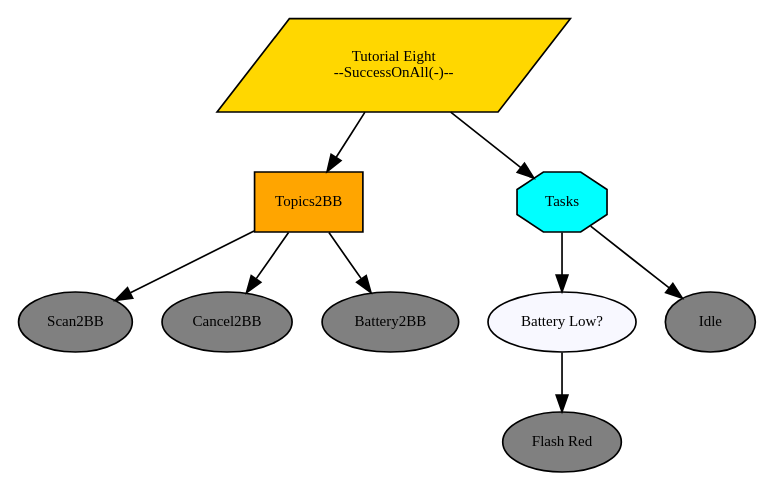
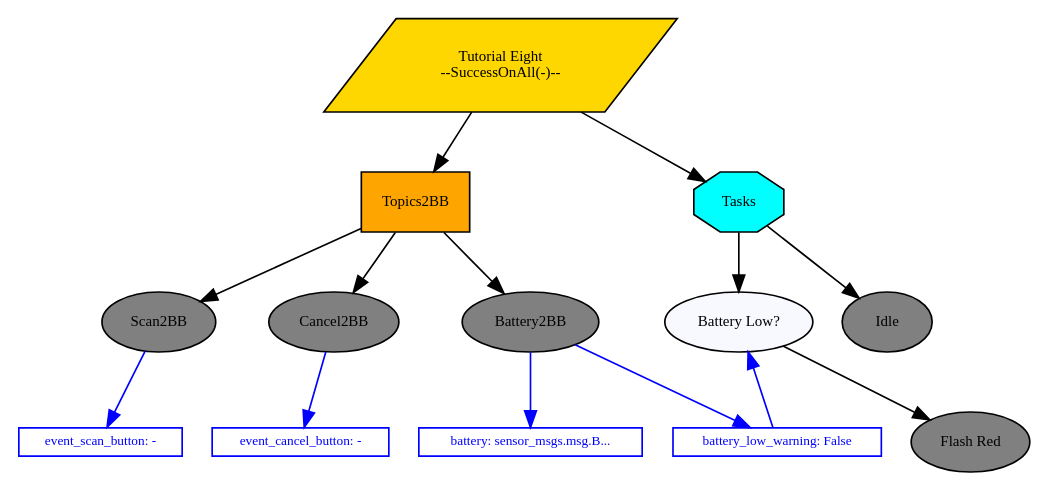
The diagram in doc/dot/tutorial-eight-core-tree.dot (splintered-reality/py_trees_ros_tutorials), drawn with Graphviz before and after one commit. The commit also changed 13 other files, not shown here.

```diff
--- a/doc/dot/tutorial-eight-core-tree.dot
+++ b/doc/dot/tutorial-eight-core-tree.dot
@@ -1,22 +1,53 @@
 digraph pastafarianism {
 graph [fontname="times-roman"];
 node [fontname="times-roman"];
 edge [fontname="times-roman"];
 "Tutorial Eight" [label="Tutorial Eight\n--SuccessOnAll(-)--", shape=parallelogram, style=filled, fillcolor=gold, fontsize=9, fontcolor=black];
 Topics2BB [label=Topics2BB, shape=box, style=filled, fillcolor=orange, fontsize=9, fontcolor=black];
 "Tutorial Eight" -> Topics2BB;
 Scan2BB [label=Scan2BB, shape=ellipse, style=filled, fillcolor=gray, fontsize=9, fontcolor=black];
 Topics2BB -> Scan2BB;
 Cancel2BB [label=Cancel2BB, shape=ellipse, style=filled, fillcolor=gray, fontsize=9, fontcolor=black];
 Topics2BB -> Cancel2BB;
 Battery2BB [label=Battery2BB, shape=ellipse, style=filled, fillcolor=gray, fontsize=9, fontcolor=black];
 Topics2BB -> Battery2BB;
+subgraph  {
+label=children_of_Topics2BB;
+rank=same;
+Scan2BB [label=Scan2BB, shape=ellipse, style=filled, fillcolor=gray, fontsize=9, fontcolor=black];
+Cancel2BB [label=Cancel2BB, shape=ellipse, style=filled, fillcolor=gray, fontsize=9, fontcolor=black];
+Battery2BB [label=Battery2BB, shape=ellipse, style=filled, fillcolor=gray, fontsize=9, fontcolor=black];
+}
+
 Tasks [label=Tasks, shape=octagon, style=filled, fillcolor=cyan, fontsize=9, fontcolor=black];
 "Tutorial Eight" -> Tasks;
 "Battery Low?" [label="Battery Low?", shape=ellipse, style=filled, fillcolor=ghostwhite, fontsize=9, fontcolor=black];
 Tasks -> "Battery Low?";
 "Flash Red" [label="Flash Red", shape=ellipse, style=filled, fillcolor=gray, fontsize=9, fontcolor=black];
 "Battery Low?" -> "Flash Red";
 Idle [label=Idle, shape=ellipse, style=filled, fillcolor=gray, fontsize=9, fontcolor=black];
 Tasks -> Idle;
+subgraph  {
+label=children_of_Tasks;
+rank=same;
+"Battery Low?" [label="Battery Low?", shape=ellipse, style=filled, fillcolor=ghostwhite, fontsize=9, fontcolor=black];
+Idle [label=Idle, shape=ellipse, style=filled, fillcolor=gray, fontsize=9, fontcolor=black];
 }
+
+subgraph  {
+label="children_of_Tutorial Eight";
+rank=same;
+Topics2BB [label=Topics2BB, shape=box, style=filled, fillcolor=orange, fontsize=9, fontcolor=black];
+Tasks [label=Tasks, shape=octagon, style=filled, fillcolor=cyan, fontsize=9, fontcolor=black];
+}
+
+event_scan_button [label="event_scan_button: -", shape=box, style=filled, color=blue, fillcolor=white, fontsize=8, fontcolor=blue, width=0, height=0, fixedsize=False];
+Scan2BB -> event_scan_button  [color=blue, constraint=True];
+event_cancel_button [label="event_cancel_button: -", shape=box, style=filled, color=blue, fillcolor=white, fontsize=8, fontcolor=blue, width=0, height=0, fixedsize=False];
+Cancel2BB -> event_cancel_button  [color=blue, constraint=True];
+battery [label="battery: sensor_msgs.msg.B...", shape=box, style=filled, color=blue, fillcolor=white, fontsize=8, fontcolor=blue, width=0, height=0, fixedsize=False];
+Battery2BB -> battery  [color=blue, constraint=True];
+battery_low_warning [label="battery_low_warning: False", shape=box, style=filled, color=blue, fillcolor=white, fontsize=8, fontcolor=blue, width=0, height=0, fixedsize=False];
+battery_low_warning -> "Battery Low?"  [color=blue, constraint=False];
+Battery2BB -> battery_low_warning  [color=blue, constraint=True];
+}
```
